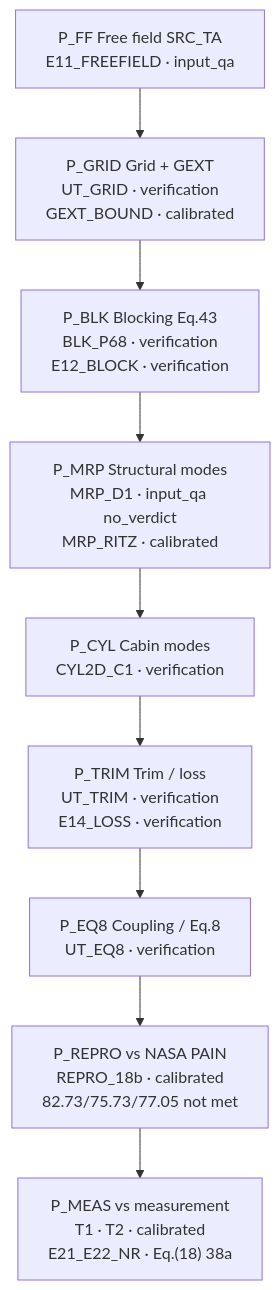
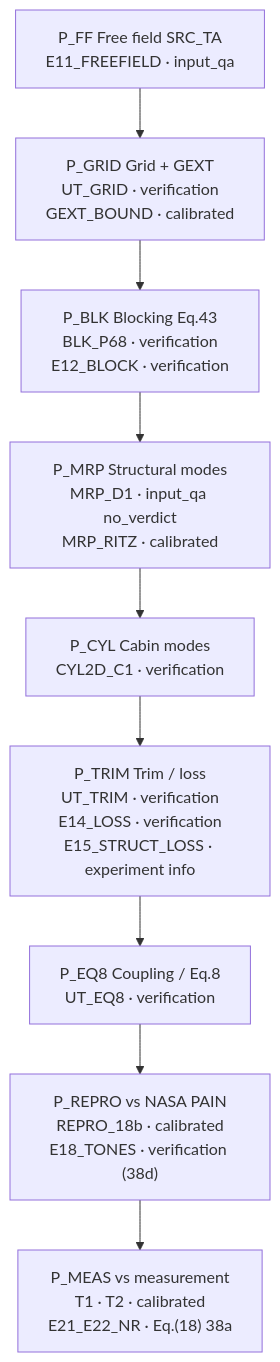
One commit to hoangf1/PAIN changed the fifth of 6 diagrams in rea-work/docs/flowchart.md. Above: the diagram before and after it, drawn with Mermaid. The commit also changed other lines of this file and 14 other files, not shown here.

Commit message:
38d/38e: E18_TONES (not met, 2/3) and E15_STRUCT_LOSS (info) cases

````diff
--- a/rea-work/docs/flowchart.md
+++ b/rea-work/docs/flowchart.md
@@ -235,14 +235,14 @@
 ```mermaid
 flowchart TB
     P_FF["P_FF Free field SRC_TA<br/>E11_FREEFIELD · input_qa"]
     P_GRID["P_GRID Grid + GEXT<br/>UT_GRID · verification<br/>GEXT_BOUND · calibrated"]
     P_BLK["P_BLK Blocking Eq.43<br/>BLK_P68 · verification<br/>E12_BLOCK · verification"]
     P_MRP["P_MRP Structural modes<br/>MRP_D1 · input_qa no_verdict<br/>MRP_RITZ · calibrated"]
     P_CYL["P_CYL Cabin modes<br/>CYL2D_C1 · verification"]
-    P_TRIM["P_TRIM Trim / loss<br/>UT_TRIM · verification<br/>E14_LOSS · verification"]
+    P_TRIM["P_TRIM Trim / loss<br/>UT_TRIM · verification<br/>E14_LOSS · verification<br/>E15_STRUCT_LOSS · experiment info"]
     P_EQ8["P_EQ8 Coupling / Eq.8<br/>UT_EQ8 · verification"]
-    P_REPRO["P_REPRO vs NASA PAIN<br/>REPRO_18b · calibrated<br/>82.73/75.73/77.05 not met"]
+    P_REPRO["P_REPRO vs NASA PAIN<br/>REPRO_18b · calibrated<br/>E18_TONES · verification (38d)"]
     P_MEAS["P_MEAS vs measurement<br/>T1 · T2 · calibrated<br/>E21_E22_NR · Eq.(18) 38a"]
 
     P_FF --> P_GRID --> P_BLK --> P_MRP --> P_CYL --> P_TRIM --> P_EQ8 --> P_REPRO --> P_MEAS
 ```
````
